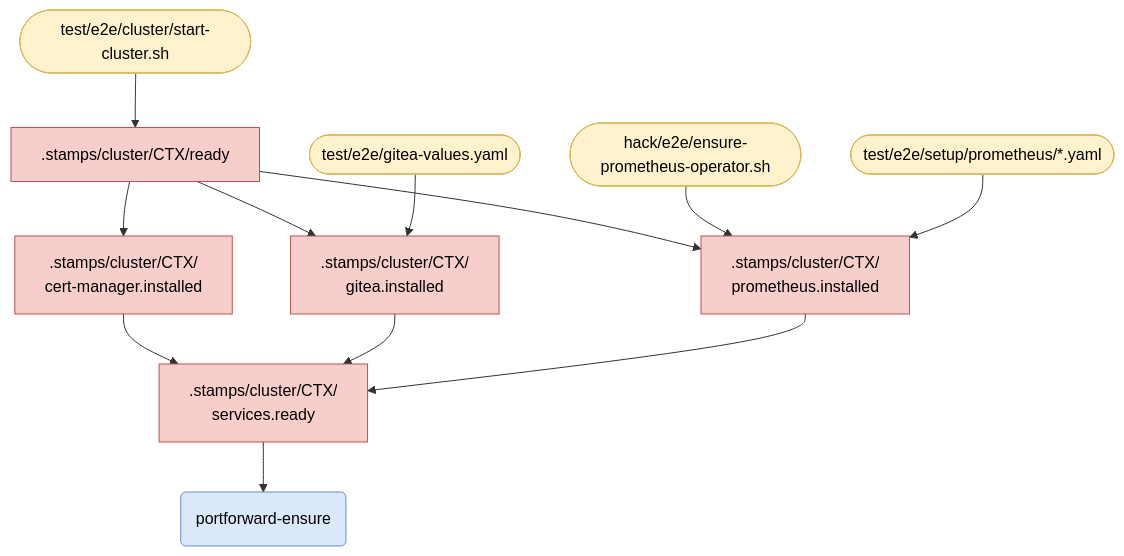
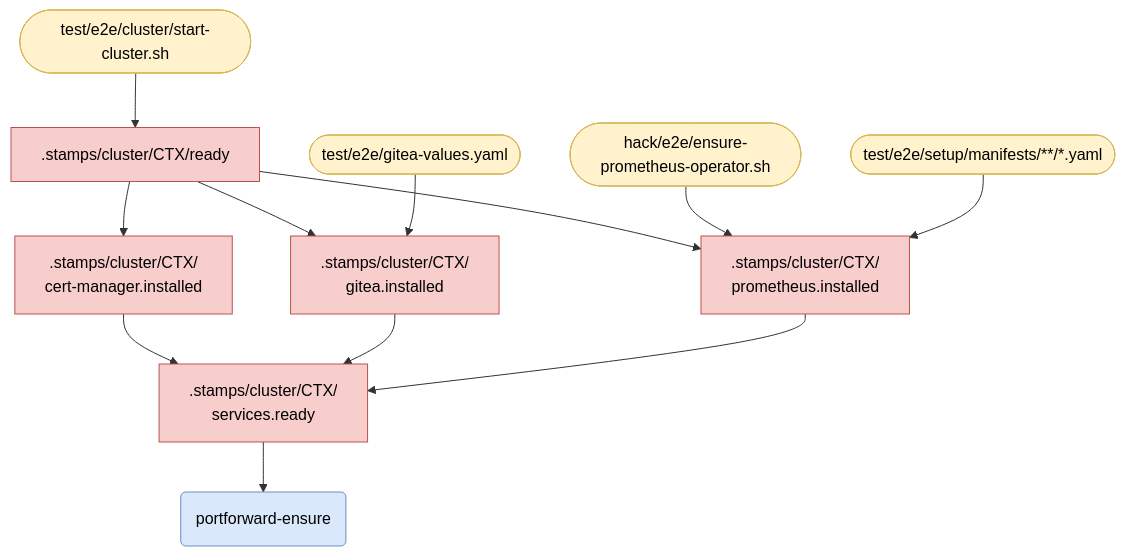
The third of 6 diagrams in docs/ai/MAKEFILE_TARGETS.md (ConfigButler/gitops-reverser), drawn with Mermaid before and after one commit. The commit also changed 14 other files, not shown here.

````diff
--- a/docs/ai/MAKEFILE_TARGETS.md
+++ b/docs/ai/MAKEFILE_TARGETS.md
@@ -172,34 +172,34 @@
 ```mermaid
 flowchart TD
     classDef src fill:#fff2cc,stroke:#d6b656,color:#000
     classDef phony fill:#dae8fc,stroke:#6c8ebf,color:#000
     classDef stamp fill:#f8cecc,stroke:#b85450,color:#000
 
     start_sh(["test/e2e/cluster/start-cluster.sh"]):::src
     gitea_vals(["test/e2e/gitea-values.yaml"]):::src
     prom_sh(["hack/e2e/ensure-prometheus-operator.sh"]):::src
-    prom_manifests(["test/e2e/setup/prometheus/*.yaml"]):::src
+    prom_manifests(["test/e2e/setup/manifests/**/*.yaml"]):::src
 
     cluster_ready[".stamps/cluster/CTX/ready"]:::stamp
     cert_installed[".stamps/cluster/CTX/\ncert-manager.installed"]:::stamp
     gitea_installed[".stamps/cluster/CTX/\ngitea.installed"]:::stamp
     prom_installed[".stamps/cluster/CTX/\nprometheus.installed"]:::stamp
     services_ready[".stamps/cluster/CTX/\nservices.ready"]:::stamp
 
     portforward(portforward-ensure):::phony
 
     start_sh --> cluster_ready
 
     cluster_ready --> cert_installed
     cluster_ready --> gitea_installed
     gitea_vals --> gitea_installed
     cluster_ready --> prom_installed
     prom_sh --> prom_installed
     prom_manifests --> prom_installed
 
     cert_installed --> services_ready
     gitea_installed --> services_ready
     prom_installed --> services_ready
 
     services_ready --> portforward
 ```
````
